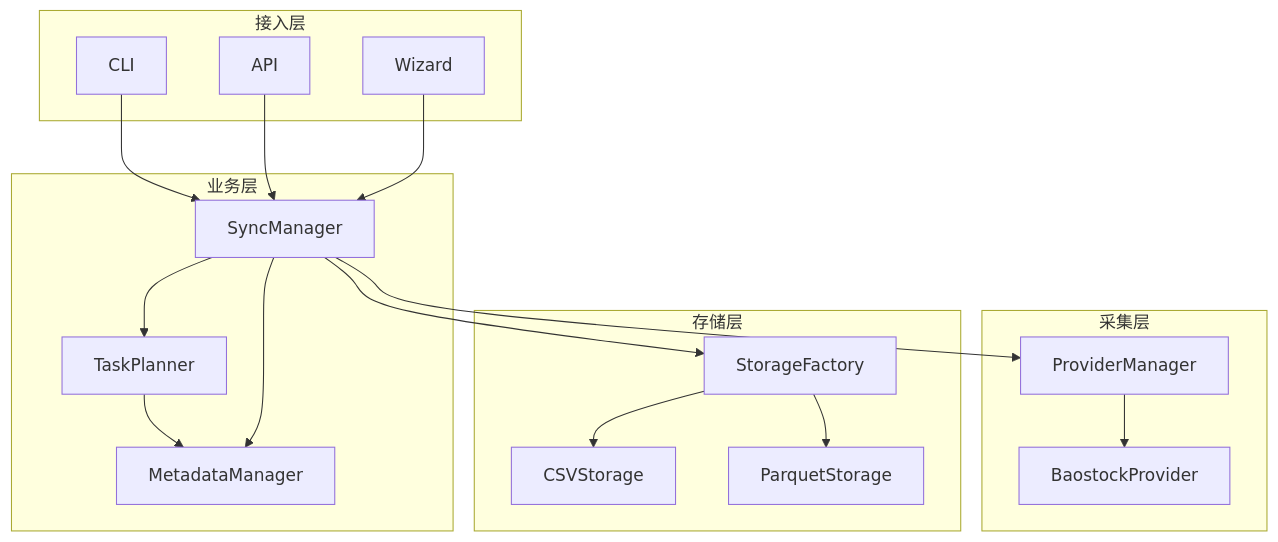
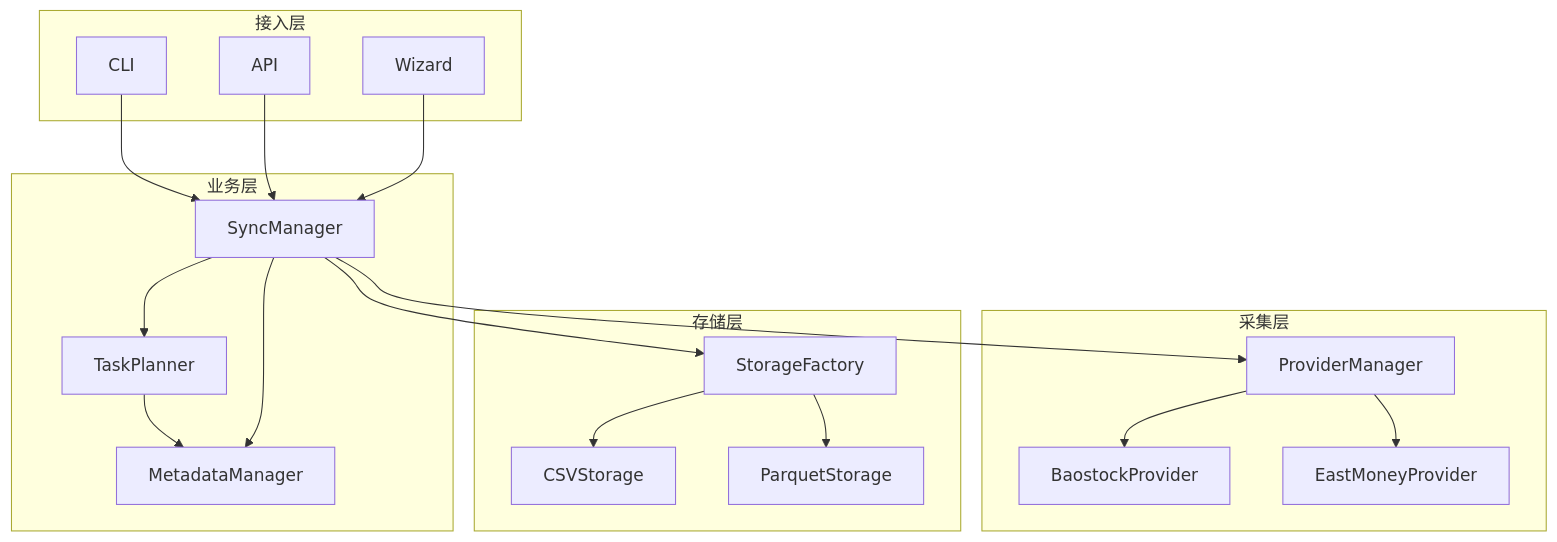
Before and after one commit to CRThu/CarrotQuant.Data: the diagram in README.md, drawn with Mermaid. The commit also changed other lines of this file and 11 other files, not shown here.

````diff
--- a/README.md
+++ b/README.md
@@ -41,38 +41,40 @@
 ```mermaid
 graph TB
     subgraph Gateway["接入层"]
         CLI["CLI"]
         API["API"]
         WIZARD["Wizard"]
     end
 
     subgraph Service["业务层"]
         SM["SyncManager"]
         TP["TaskPlanner"]
         MM["MetadataManager"]
     end
 
     subgraph Provider["采集层"]
         PM["ProviderManager"]
         BP["BaostockProvider"]
+        EP["EastMoneyProvider"]
     end
 
     subgraph Storage["存储层"]
         SF["StorageFactory"]
         CSV["CSVStorage"]
         PQ["ParquetStorage"]
     end
 
     CLI --> SM
     API --> SM
     WIZARD --> SM
 
     SM --> TP
     SM --> PM
     SM --> SF
     TP --> MM
     SM --> MM
     PM --> BP
+    PM --> EP
     SF --> CSV
     SF --> PQ
 ```
````
